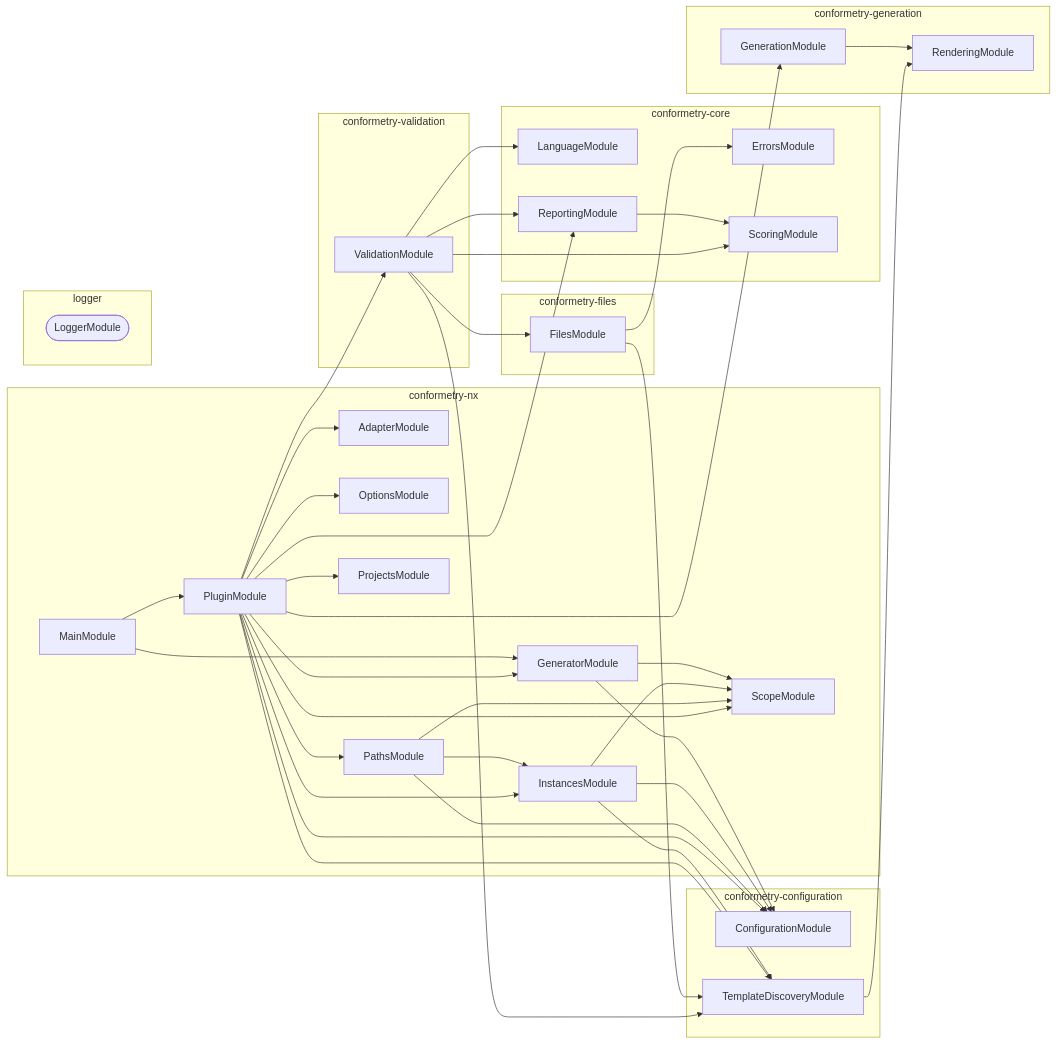
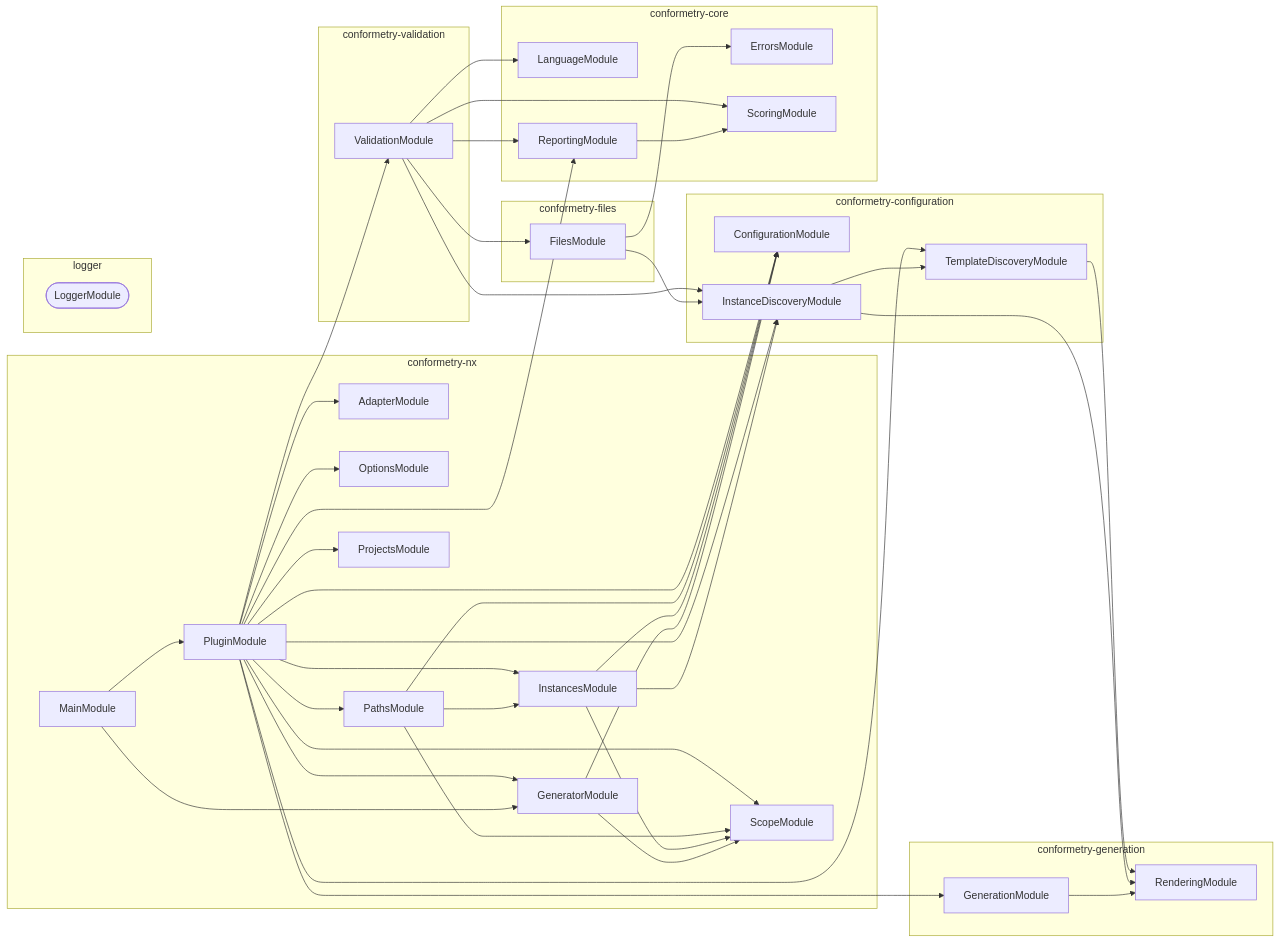
One commit to JimmyPaolini/codebase changed the diagram in packages/conformetry-nx/AGENTS.md. Above: the diagram before and after it, drawn with Mermaid. The commit also changed 64 other files, not shown here.

Commit message:
refactor(conformetry): ♻️ split discovery into template and instance modules

````diff
--- a/packages/conformetry-nx/AGENTS.md
+++ b/packages/conformetry-nx/AGENTS.md
@@ -57,69 +57,73 @@
 ```mermaid
 flowchart LR
   subgraph group0["conformetry-nx"]
     AdapterModule
     GeneratorModule
     InstancesModule
     MainModule
     OptionsModule
     PathsModule
     PluginModule
     ProjectsModule
     ScopeModule
   end
   subgraph group1["conformetry-configuration"]
     ConfigurationModule
+    InstanceDiscoveryModule
     TemplateDiscoveryModule
   end
   subgraph group2["conformetry-core"]
     ErrorsModule
     LanguageModule
     ReportingModule
     ScoringModule
   end
   subgraph group3["conformetry-files"]
     FilesModule
   end
   subgraph group4["conformetry-generation"]
     GenerationModule
     RenderingModule
   end
   subgraph group5["conformetry-validation"]
     ValidationModule
   end
   subgraph group6["logger"]
     LoggerModule([LoggerModule])
   end
   FilesModule --> ErrorsModule
-  FilesModule --> TemplateDiscoveryModule
+  FilesModule --> InstanceDiscoveryModule
   GenerationModule --> RenderingModule
   GeneratorModule --> ConfigurationModule
   GeneratorModule --> ScopeModule
+  InstanceDiscoveryModule --> RenderingModule
+  InstanceDiscoveryModule --> TemplateDiscoveryModule
   InstancesModule --> ConfigurationModule
+  InstancesModule --> InstanceDiscoveryModule
   InstancesModule --> ScopeModule
-  InstancesModule --> TemplateDiscoveryModule
   MainModule --> GeneratorModule
   MainModule --> PluginModule
   PathsModule --> ConfigurationModule
   PathsModule --> InstancesModule
   PathsModule --> ScopeModule
   PluginModule --> AdapterModule
   PluginModule --> ConfigurationModule
   PluginModule --> GenerationModule
   PluginModule --> GeneratorModule
+  PluginModule --> InstanceDiscoveryModule
   PluginModule --> InstancesModule
   PluginModule --> OptionsModule
   PluginModule --> PathsModule
   PluginModule --> ProjectsModule
   PluginModule --> ReportingModule
   PluginModule --> ScopeModule
   PluginModule --> TemplateDiscoveryModule
   PluginModule --> ValidationModule
   ReportingModule --> ScoringModule
   TemplateDiscoveryModule --> RenderingModule
   ValidationModule --> FilesModule
+  ValidationModule --> InstanceDiscoveryModule
   ValidationModule --> LanguageModule
   ValidationModule --> ReportingModule
   ValidationModule --> ScoringModule
-  ValidationModule --> TemplateDiscoveryModule
 ```
````
